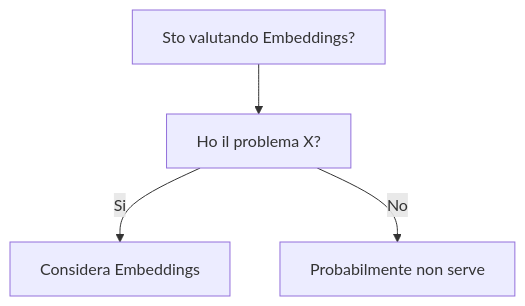
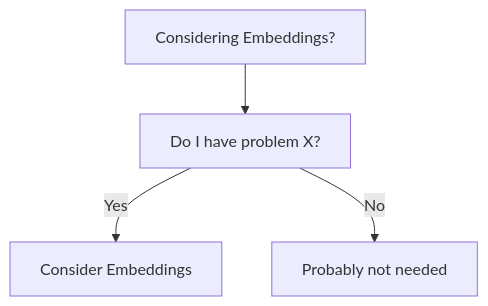
One commit to HxT9/Software-Dev-Wiki changed the diagram in dev-wiki/22_AI_ML_Integration/Embeddings/When_To_Use.md. Above: the diagram before and after it, drawn with Mermaid. The commit also changed other lines of this file and 3444 other files, not shown here.

````diff
--- a/dev-wiki/22_AI_ML_Integration/Embeddings/When_To_Use.md
+++ b/dev-wiki/22_AI_ML_Integration/Embeddings/When_To_Use.md
@@ -19,6 +19,6 @@
 ```mermaid
 flowchart TD
-  Q[Sto valutando Embeddings?] --> Q1[Ho il problema X?]
-  Q1 -->|Si| OK[Considera Embeddings]
-  Q1 -->|No| NO[Probabilmente non serve]
+  Q[Considering Embeddings?] --> Q1[Do I have problem X?]
+  Q1 -->|Yes| OK[Consider Embeddings]
+  Q1 -->|No| NO[Probably not needed]
 ```
````
